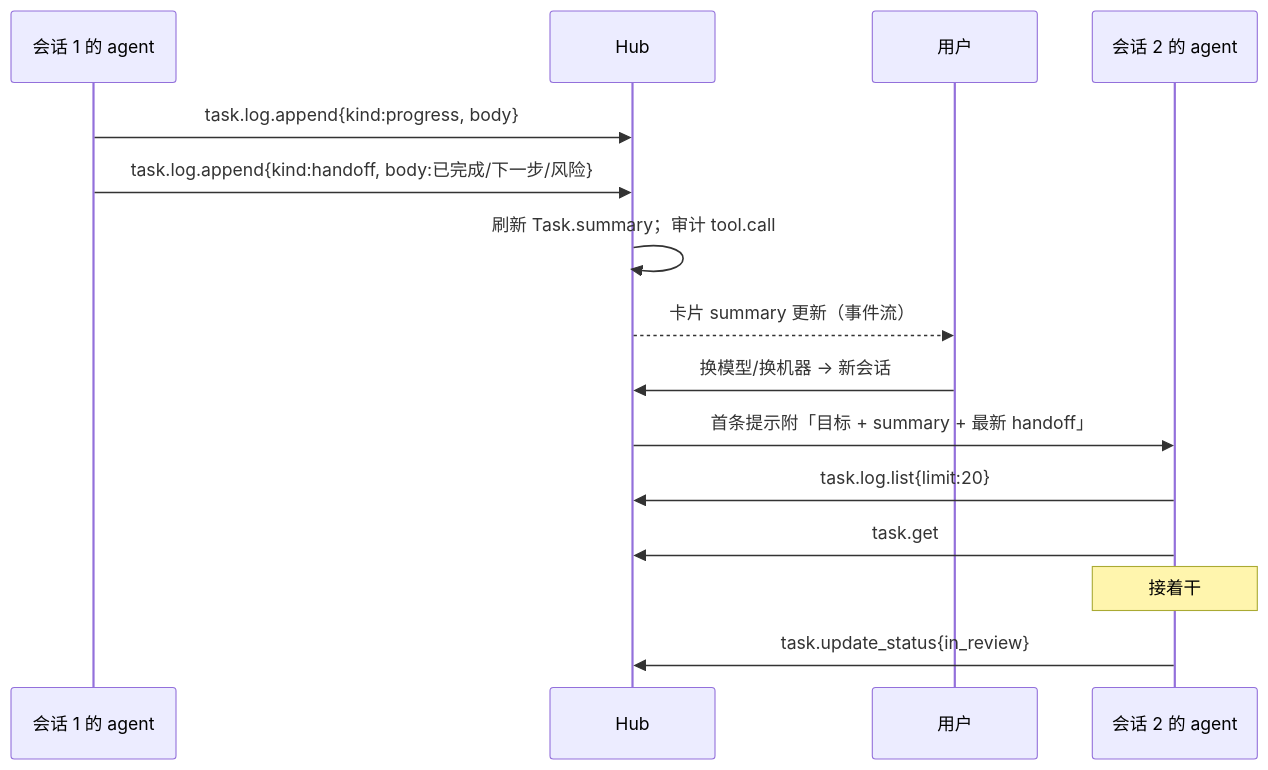
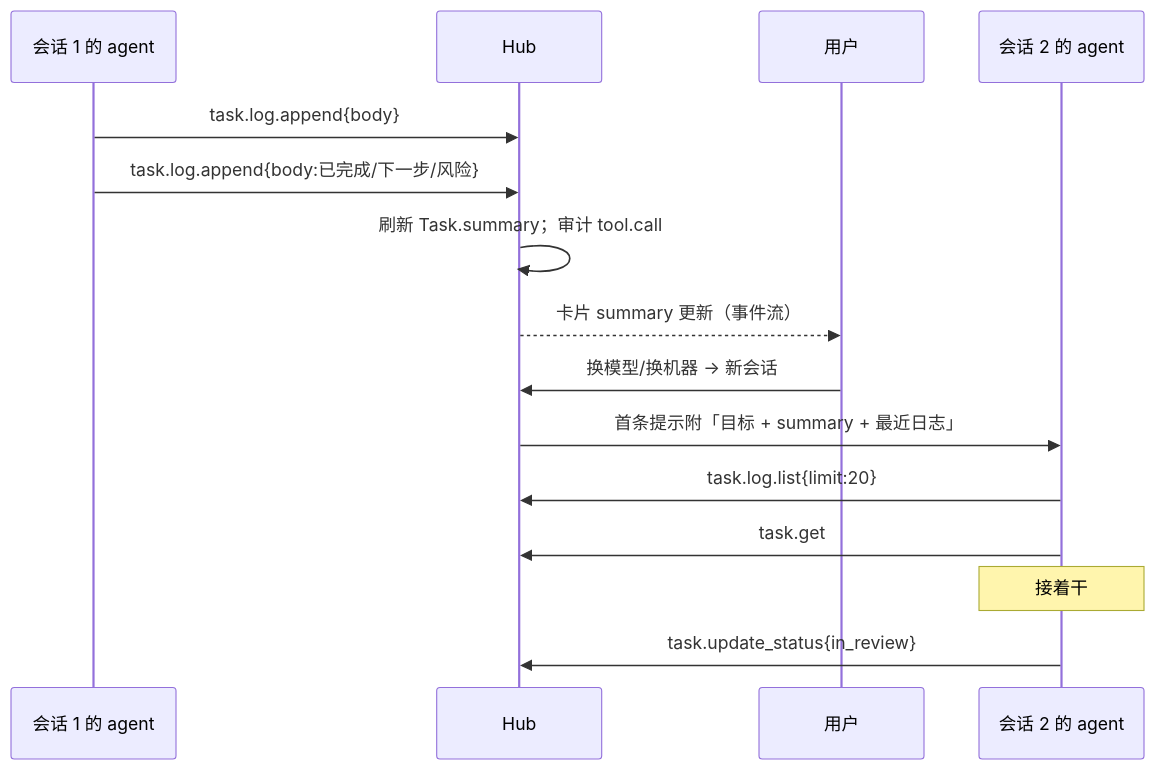
One commit to qdw497874677/agent-hub changed the third of 3 diagrams in docs/design/tasks-and-capabilities.md. Above: the diagram before and after it, drawn with Mermaid. The commit also changed other lines of this file and 23 other files, not shown here.

````diff
--- a/docs/design/tasks-and-capabilities.md
+++ b/docs/design/tasks-and-capabilities.md
@@ -202,17 +201,17 @@
 ```mermaid
 sequenceDiagram
   participant A1 as 会话 1 的 agent
   participant Hub
   participant UI as 用户
   participant A2 as 会话 2 的 agent
-  A1->>Hub: task.log.append{kind:progress, body}
-  A1->>Hub: task.log.append{kind:handoff, body:已完成/下一步/风险}
+  A1->>Hub: task.log.append{body}
+  A1->>Hub: task.log.append{body:已完成/下一步/风险}
   Hub->>Hub: 刷新 Task.summary；审计 tool.call
   Hub-->>UI: 卡片 summary 更新（事件流）
   UI->>Hub: 换模型/换机器 → 新会话
-  Hub->>A2: 首条提示附「目标 + summary + 最新 handoff」
+  Hub->>A2: 首条提示附「目标 + summary + 最近日志」
   A2->>Hub: task.log.list{limit:20}
   A2->>Hub: task.get
   Note over A2: 接着干
   A2->>Hub: task.update_status{in_review}
 ```
````
